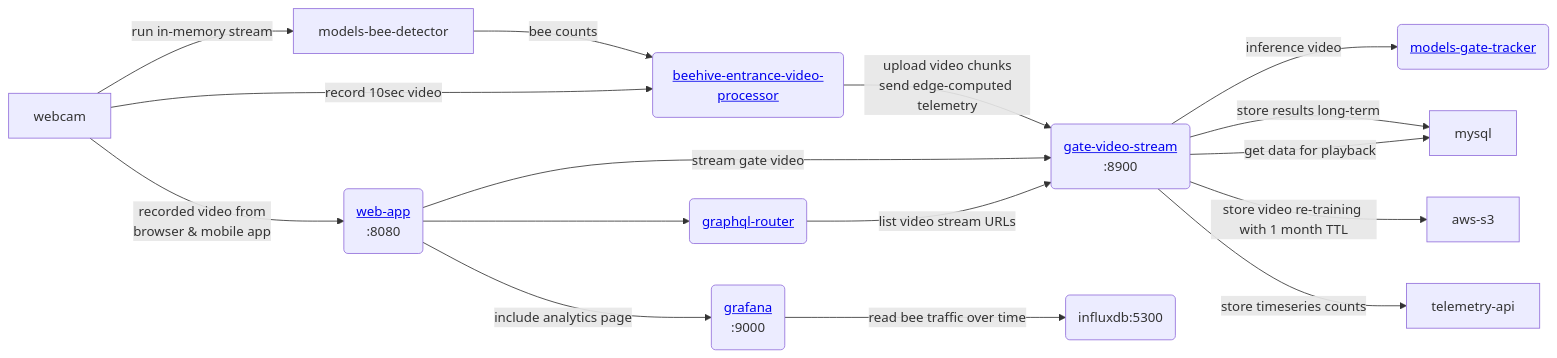
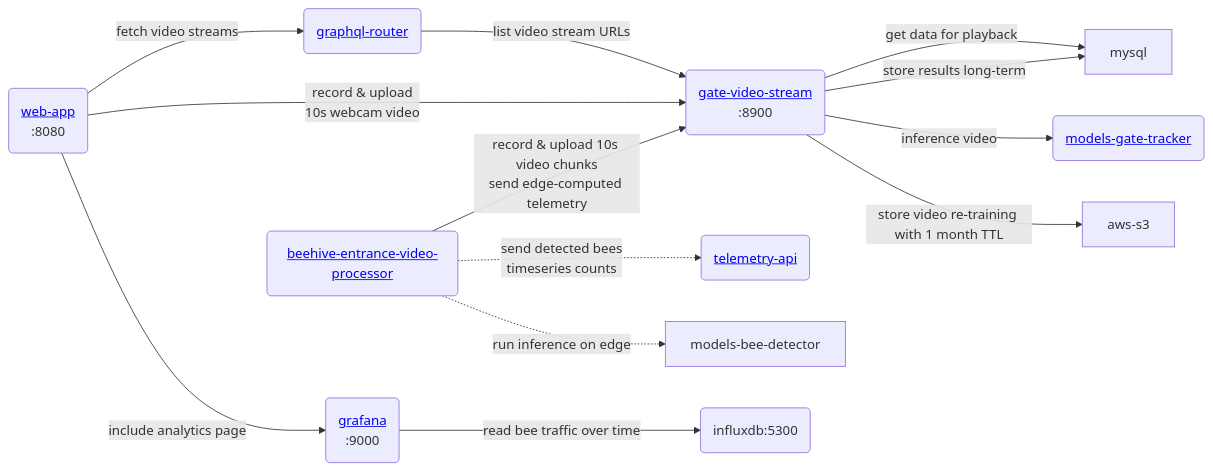
One commit to Gratheon/web-app changed the third of 3 diagrams in README.md. Above: the diagram before and after it, drawn with Mermaid.

Commit message:
update video docs

````diff
--- a/README.md
+++ b/README.md
@@ -67,18 +67,19 @@
 ```mermaid
 flowchart LR
-	web-app("<a href='https://github.com/Gratheon/web-app'>web-app</a>\n:8080") --> graphql-router("<a href='https://github.com/Gratheon/graphql-router'>graphql-router</a>") --"list video stream URLs"--> gate-video-stream -- "get data for playback" --> mysql
+	web-app("<a href='https://github.com/Gratheon/web-app'>web-app</a>\n:8080") --"fetch video streams"--> graphql-router("<a href='https://github.com/Gratheon/graphql-router'>graphql-router</a>") --"list video stream URLs"--> gate-video-stream -- "get data for playback" --> mysql
 
-	webcam --"recorded video from \n browser & mobile app"--> web-app
-	web-app --"stream gate video"--> gate-video-stream("<a href='https://github.com/Gratheon/gate-video-stream'>gate-video-stream</a>\n:8900") --"inference video"--> models-gate-tracker("<a href='https://github.com/Gratheon/models-gate-tracker'>models-gate-tracker</a>")
+	web-app --"record & upload \n 10s webcam video"--> gate-video-stream("<a href='https://github.com/Gratheon/gate-video-stream'>gate-video-stream</a>\n:8900") --"inference video"--> models-gate-tracker("<a href='https://github.com/Gratheon/models-gate-tracker'>models-gate-tracker</a>")
+
 	gate-video-stream --"store video re-training with 1 month TTL"--> aws-s3
 	gate-video-stream --"store results long-term" --> mysql
 
-	beehive-entrance-video-processor("<a href='https://github.com/Gratheon/beehive-entrance-video-processor'>beehive-entrance-video-processor</a>") --"upload video chunks\nsend edge-computed telemetry"--> gate-video-stream --"store timeseries counts"--> telemetry-api
+	beehive-entrance-video-processor("<a href='https://github.com/Gratheon/beehive-entrance-video-processor'>beehive-entrance-video-processor</a>") --"record & upload 10s video chunks\nsend edge-computed telemetry"--> gate-video-stream
+	
+	beehive-entrance-video-processor -."send detected bees \n timeseries counts".-> telemetry-api("<a href='https://github.com/Gratheon/telemetry-api'>telemetry-api</a>")
 
-	webcam --"record 10sec video"--> beehive-entrance-video-processor
-	webcam --"run in-memory stream"-->models-bee-detector
-	models-bee-detector --"bee counts"--> beehive-entrance-video-processor
+	
+	beehive-entrance-video-processor -."run inference on edge".-> models-bee-detector
 	
 
 	web-app --"include analytics page"--> grafana("<a href='https://github.com/Gratheon/grafana'>grafana</a>\n:9000") --"read bee traffic over time"--> influxdb("influxdb:5300")
 ```
````
